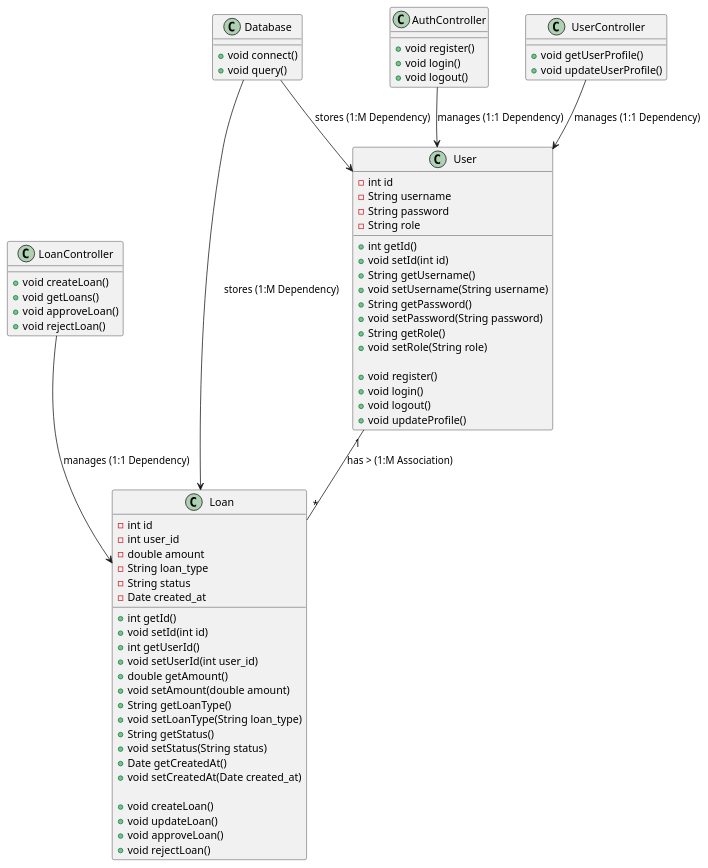
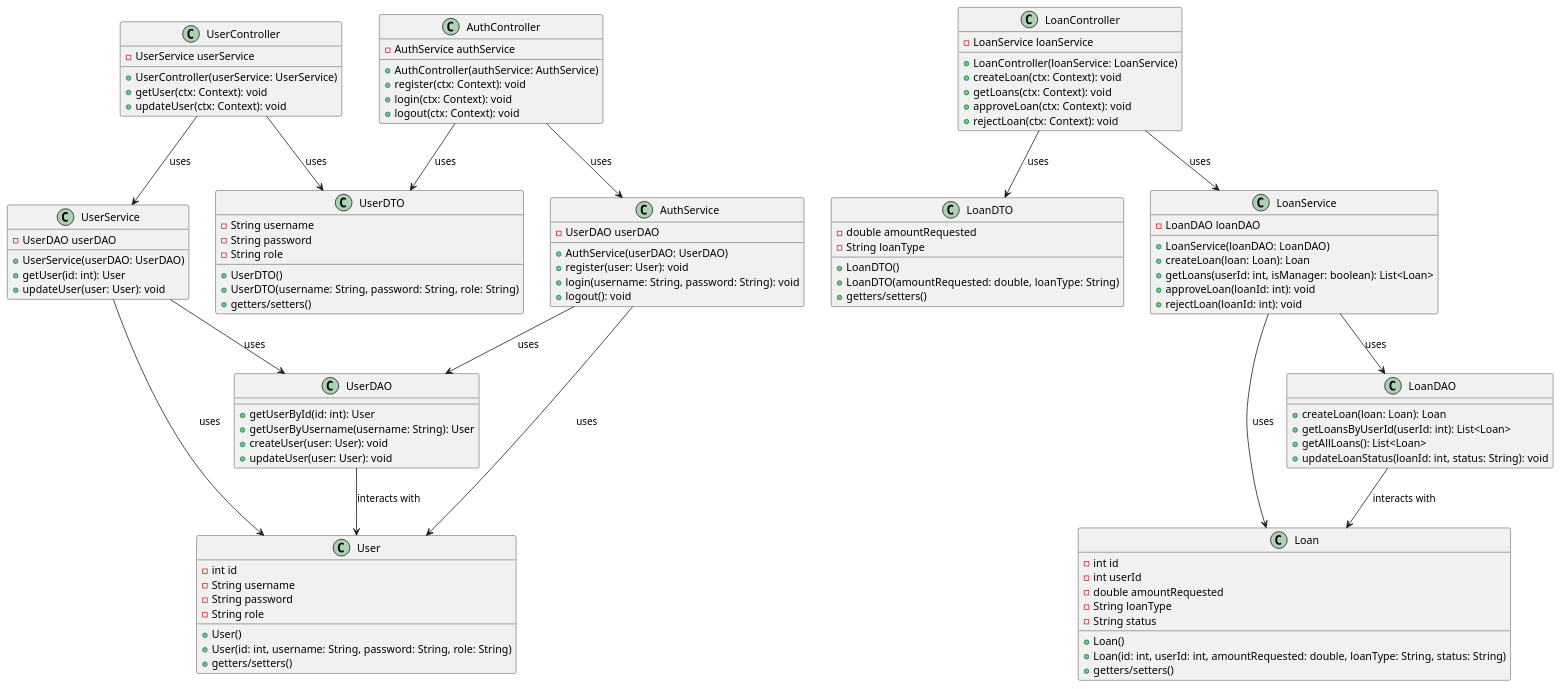
One commit to Edgarrd11/JavaProjectZ changed the diagram in PZUML.puml. Above: the diagram before and after it, drawn with PlantUML. The commit also changed 5 other files, not shown here.

```diff
--- a/PZUML.puml
+++ b/PZUML.puml
@@ -1,80 +1,127 @@
 @startuml
+' Define classes for Models
 class User {
-    -int id
-    -String username
-    -String password
-    -String role
-
-    +int getId()
-    +void setId(int id)
-    +String getUsername()
-    +void setUsername(String username)
-    +String getPassword()
-    +void setPassword(String password)
-    +String getRole()
-    +void setRole(String role)
-
-    +void register()
-    +void login()
-    +void logout()
-    +void updateProfile()
+    - int id
+    - String username
+    - String password
+    - String role
+    + User()
+    + User(id: int, username: String, password: String, role: String)
+    + getters/setters()
 }
 
 class Loan {
-    -int id
-    -int user_id
-    -double amount
-    -String loan_type
-    -String status
-    -Date created_at
-
-    +int getId()
-    +void setId(int id)
-    +int getUserId()
-    +void setUserId(int user_id)
-    +double getAmount()
-    +void setAmount(double amount)
-    +String getLoanType()
-    +void setLoanType(String loan_type)
-    +String getStatus()
-    +void setStatus(String status)
-    +Date getCreatedAt()
-    +void setCreatedAt(Date created_at)
-
-    +void createLoan()
-    +void updateLoan()
-    +void approveLoan()
-    +void rejectLoan()
+    - int id
+    - int userId
+    - double amountRequested
+    - String loanType
+    - String status
+    + Loan()
+    + Loan(id: int, userId: int, amountRequested: double, loanType: String, status: String)
+    + getters/setters()
 }
 
+' Define classes for DTOs
+class UserDTO {
+    - String username
+    - String password
+    - String role
+    + UserDTO()
+    + UserDTO(username: String, password: String, role: String)
+    + getters/setters()
+}
+
+class LoanDTO {
+    - double amountRequested
+    - String loanType
+    + LoanDTO()
+    + LoanDTO(amountRequested: double, loanType: String)
+    + getters/setters()
+}
+
+' Define classes for Controllers
 class AuthController {
-    +void register()
-    +void login()
-    +void logout()
+    - AuthService authService
+    + AuthController(authService: AuthService)
+    + register(ctx: Context): void
+    + login(ctx: Context): void
+    + logout(ctx: Context): void
 }
 
 class UserController {
-    +void getUserProfile()
-    +void updateUserProfile()
+    - UserService userService
+    + UserController(userService: UserService)
+    + getUser(ctx: Context): void
+    + updateUser(ctx: Context): void
 }
 
 class LoanController {
-    +void createLoan()
-    +void getLoans()
-    +void approveLoan()
-    +void rejectLoan()
+    - LoanService loanService
+    + LoanController(loanService: LoanService)
+    + createLoan(ctx: Context): void
+    + getLoans(ctx: Context): void
+    + approveLoan(ctx: Context): void
+    + rejectLoan(ctx: Context): void
 }
 
-class Database {
-    +void connect()
-    +void query()
+' Define classes for Services
+class AuthService {
+    - UserDAO userDAO
+    + AuthService(userDAO: UserDAO)
+    + register(user: User): void
+    + login(username: String, password: String): void
+    + logout(): void
 }
 
-' Relationships with cardinality
-User "1" -- "*" Loan : has > (1:M Association)
-AuthController --> User : manages (1:1 Dependency)
-UserController --> User : manages (1:1 Dependency)
-LoanController --> Loan : manages (1:1 Dependency)
-Database --> User : stores (1:M Dependency)
-Database --> Loan : stores (1:M Dependency)
+class UserService {
+    - UserDAO userDAO
+    + UserService(userDAO: UserDAO)
+    + getUser(id: int): User
+    + updateUser(user: User): void
+}
+
+class LoanService {
+    - LoanDAO loanDAO
+    + LoanService(loanDAO: LoanDAO)
+    + createLoan(loan: Loan): Loan
+    + getLoans(userId: int, isManager: boolean): List<Loan>
+    + approveLoan(loanId: int): void
+    + rejectLoan(loanId: int): void
+}
+
+' Define classes for DAOs
+class UserDAO {
+    + getUserById(id: int): User
+    + getUserByUsername(username: String): User
+    + createUser(user: User): void
+    + updateUser(user: User): void
+}
+
+class LoanDAO {
+    + createLoan(loan: Loan): Loan
+    + getLoansByUserId(userId: int): List<Loan>
+    + getAllLoans(): List<Loan>
+    + updateLoanStatus(loanId: int, status: String): void
+}
+
+' Define relationships
+AuthController --> AuthService : uses
+UserController --> UserService : uses
+LoanController --> LoanService : uses
+
+AuthService --> UserDAO : uses
+UserService --> UserDAO : uses
+LoanService --> LoanDAO : uses
+
+AuthService --> User : uses
+UserService --> User : uses
+LoanService --> Loan : uses
+
+UserDAO --> User : interacts with
+LoanDAO --> Loan : interacts with
+
+AuthController --> UserDTO : uses
+UserController --> UserDTO : uses
+LoanController --> LoanDTO : uses
+
 @enduml
```
